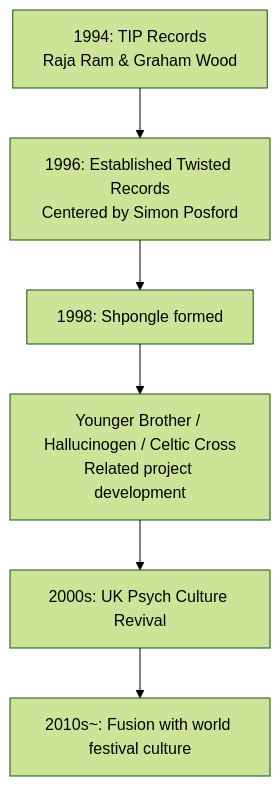
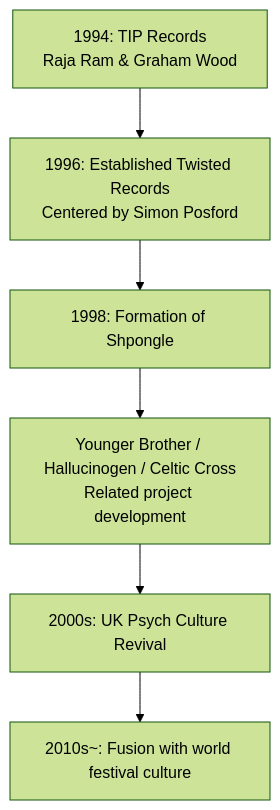
The first of 4 diagrams in en/_posts/2025-10-05-Column-Shpongle.md (monumental-movement/monumental-movement.github.io), drawn with Mermaid (forest theme) before and after one commit. The commit also changed other lines of this file and 375 other files, not shown here.

```diff
--- a/en/_posts/2025-10-05-Column-Shpongle.md
+++ b/en/_posts/2025-10-05-Column-Shpongle.md
@@ -63,10 +63,10 @@
 <div class="mermaid">
 
 flowchart TD
   A["1994: TIP Records<br>Raja Ram & Graham Wood"] --> B["1996: Established Twisted Records<br>Centered by Simon Posford"]
-  B --> C["1998: Shpongle formed"]
+  B --> C["1998: Formation of Shpongle"]
   C --> D["Younger Brother / Hallucinogen / Celtic Cross<br>Related project development"]
   D --> E["2000s: UK Psych Culture Revival"]
   E --> F["2010s~: Fusion with world festival culture"]
 
 </div>
```
